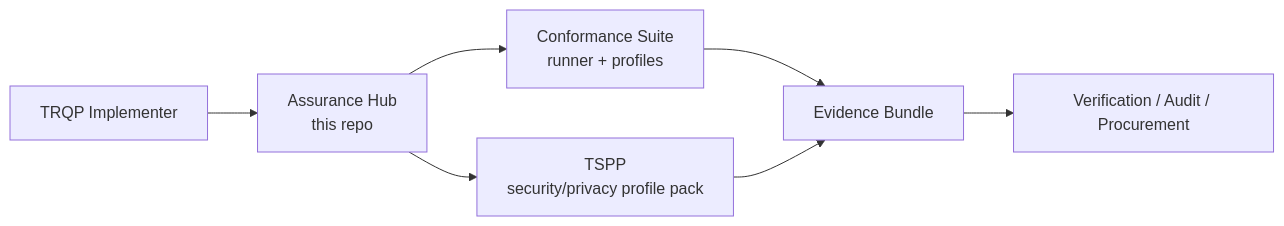
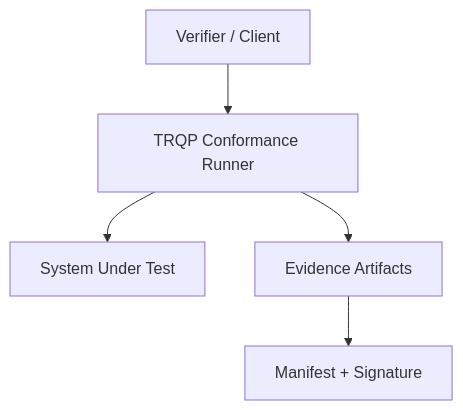
Before and after one commit to sankarshanmukhopadhyay/trqp-assurance-hub: the diagram in README.md, drawn with Mermaid. The commit also changed other lines of this file and 177 other files, not shown here.

````diff
--- a/README.md
+++ b/README.md
@@ -114,9 +197,7 @@
 ```mermaid
-flowchart LR
-  A["TRQP Implementer"] --> B["Assurance Hub<br/>this repo"];
-  B --> C["Conformance Suite<br/>runner + profiles"];
-  B --> D["TSPP<br/>security/privacy profile pack"];
-  C --> E["Evidence Bundle"];
-  D --> E;
-  E --> F["Verification / Audit / Procurement"];
+graph TD
+    A[Verifier / Client] --> B[TRQP Conformance Runner]
+    B --> C[System Under Test]
+    B --> D[Evidence Artifacts]
+    D --> E[Manifest + Signature]
 ```
````
